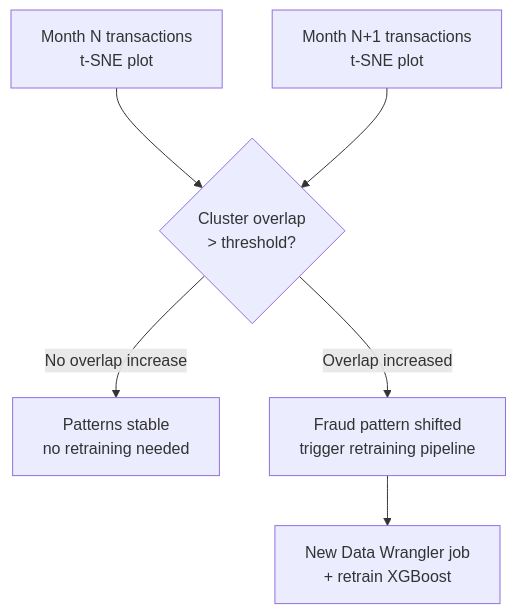
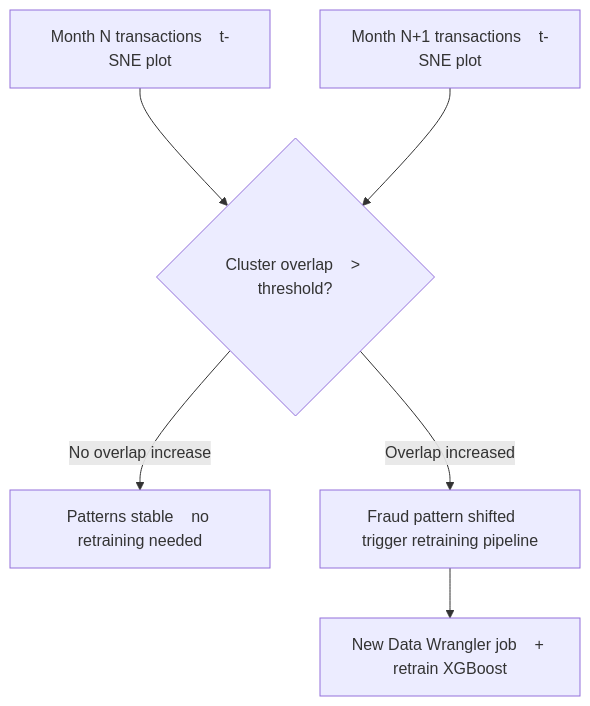
One commit to shahbazaamir/learn changed the third of 3 diagrams in python3/pocs/sagemaker_fraud_detection/ARCHITECTURE.md. Above: the diagram before and after it, drawn with Mermaid. The commit also changed other lines of this file and 56 other files, not shown here.

````diff
--- a/python3/pocs/sagemaker_fraud_detection/ARCHITECTURE.md
+++ b/python3/pocs/sagemaker_fraud_detection/ARCHITECTURE.md
@@ -74,8 +74,8 @@
 ```mermaid
 flowchart TD
-    A[Month N transactions\nt-SNE plot] --> C{Cluster overlap\n> threshold?}
-    B[Month N+1 transactions\nt-SNE plot] --> C
-    C -->|No overlap increase| D[Patterns stable\nno retraining needed]
-    C -->|Overlap increased| E[Fraud pattern shifted\ntrigger retraining pipeline]
-    E --> F[New Data Wrangler job\n+ retrain XGBoost]
+    A[Month N transactions    t-SNE plot] --> C{Cluster overlap    > threshold?}
+    B[Month N+1 transactions    t-SNE plot] --> C
+    C -->|No overlap increase| D[Patterns stable    no retraining needed]
+    C -->|Overlap increased| E[Fraud pattern shifted    trigger retraining pipeline]
+    E --> F[New Data Wrangler job    + retrain XGBoost]
 ```
````
